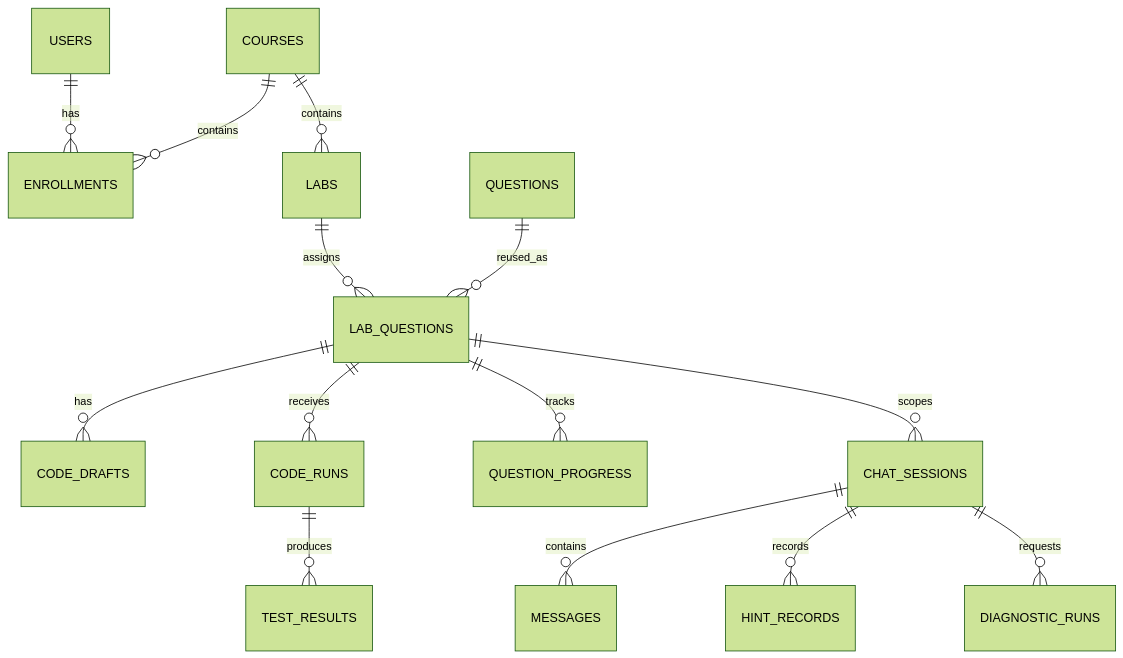
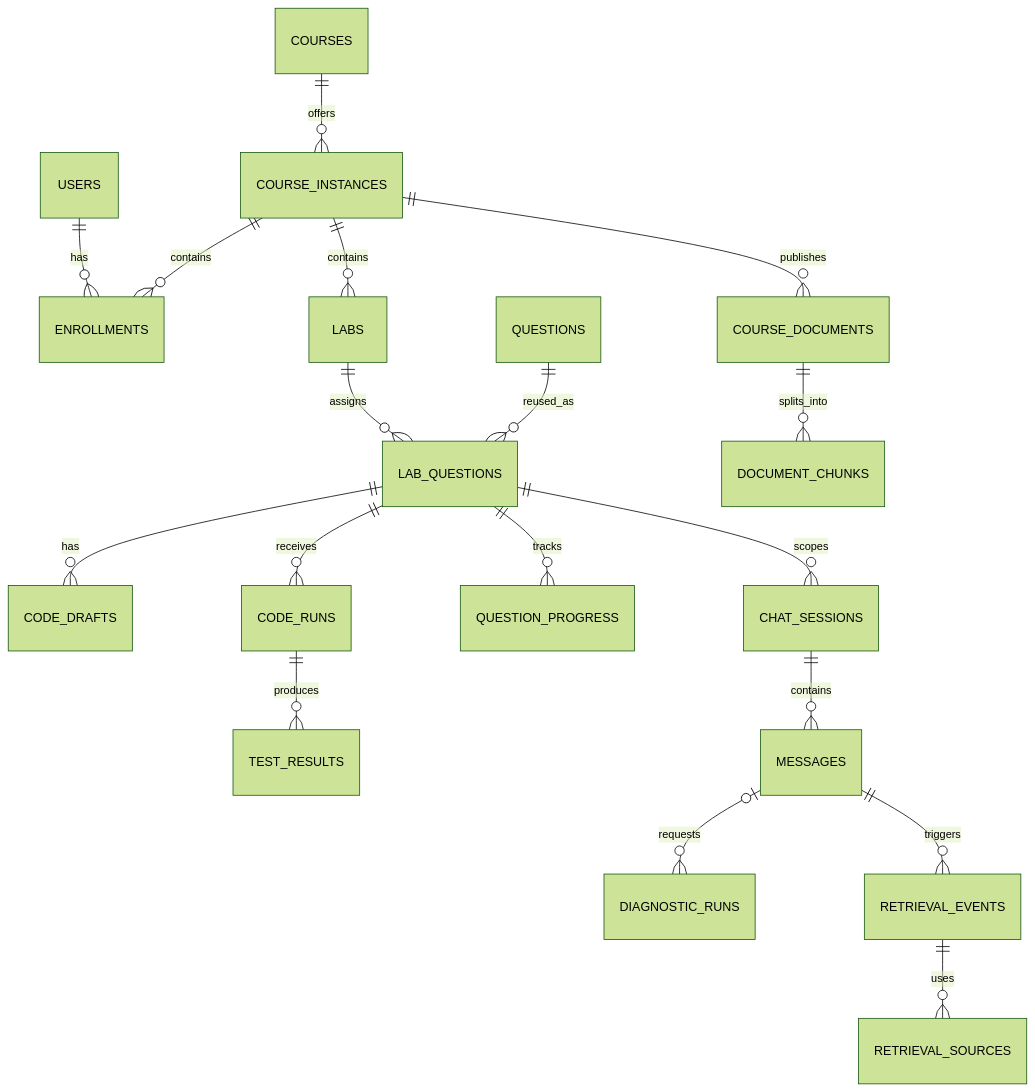
One commit to roey-cheng/AI-teaching-agent changed the eighth of 9 diagrams in docs/superpowers/specs/2026-09-13-ai-coding-assistant-architecture-design-zh.md. Above: the diagram before and after it, drawn with Mermaid (forest theme). The commit also changed other lines of this file and 2 other files, not shown here.

````diff
--- a/docs/superpowers/specs/2026-09-13-ai-coding-assistant-architecture-design-zh.md
+++ b/docs/superpowers/specs/2026-09-13-ai-coding-assistant-architecture-design-zh.md
@@ -701,16 +692,20 @@
 ```mermaid
 erDiagram
     USERS ||--o{ ENROLLMENTS : has
-    COURSES ||--o{ ENROLLMENTS : contains
-    COURSES ||--o{ LABS : contains
+    COURSES ||--o{ COURSE_INSTANCES : offers
+    COURSE_INSTANCES ||--o{ ENROLLMENTS : contains
+    COURSE_INSTANCES ||--o{ LABS : contains
     LABS ||--o{ LAB_QUESTIONS : assigns
     QUESTIONS ||--o{ LAB_QUESTIONS : reused_as
     LAB_QUESTIONS ||--o{ CODE_DRAFTS : has
     LAB_QUESTIONS ||--o{ CODE_RUNS : receives
     CODE_RUNS ||--o{ TEST_RESULTS : produces
     LAB_QUESTIONS ||--o{ QUESTION_PROGRESS : tracks
     LAB_QUESTIONS ||--o{ CHAT_SESSIONS : scopes
     CHAT_SESSIONS ||--o{ MESSAGES : contains
-    CHAT_SESSIONS ||--o{ HINT_RECORDS : records
-    CHAT_SESSIONS ||--o{ DIAGNOSTIC_RUNS : requests
+    MESSAGES o|--o{ DIAGNOSTIC_RUNS : requests
+    COURSE_INSTANCES ||--o{ COURSE_DOCUMENTS : publishes
+    COURSE_DOCUMENTS ||--o{ DOCUMENT_CHUNKS : splits_into
+    MESSAGES ||--o{ RETRIEVAL_EVENTS : triggers
+    RETRIEVAL_EVENTS ||--o{ RETRIEVAL_SOURCES : uses
 ```
````
